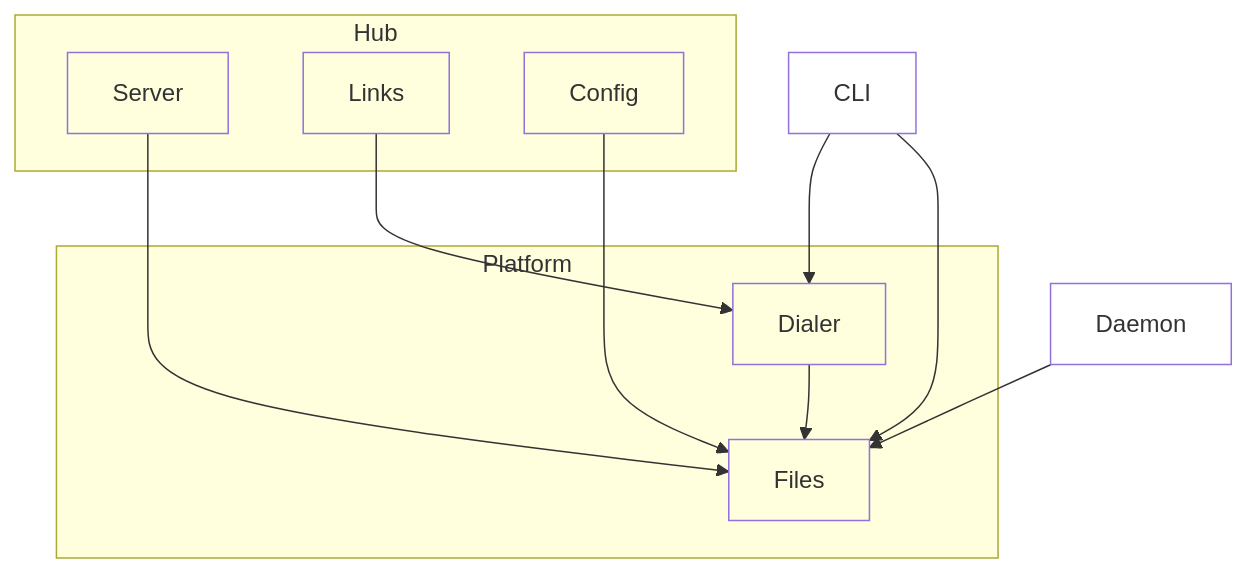
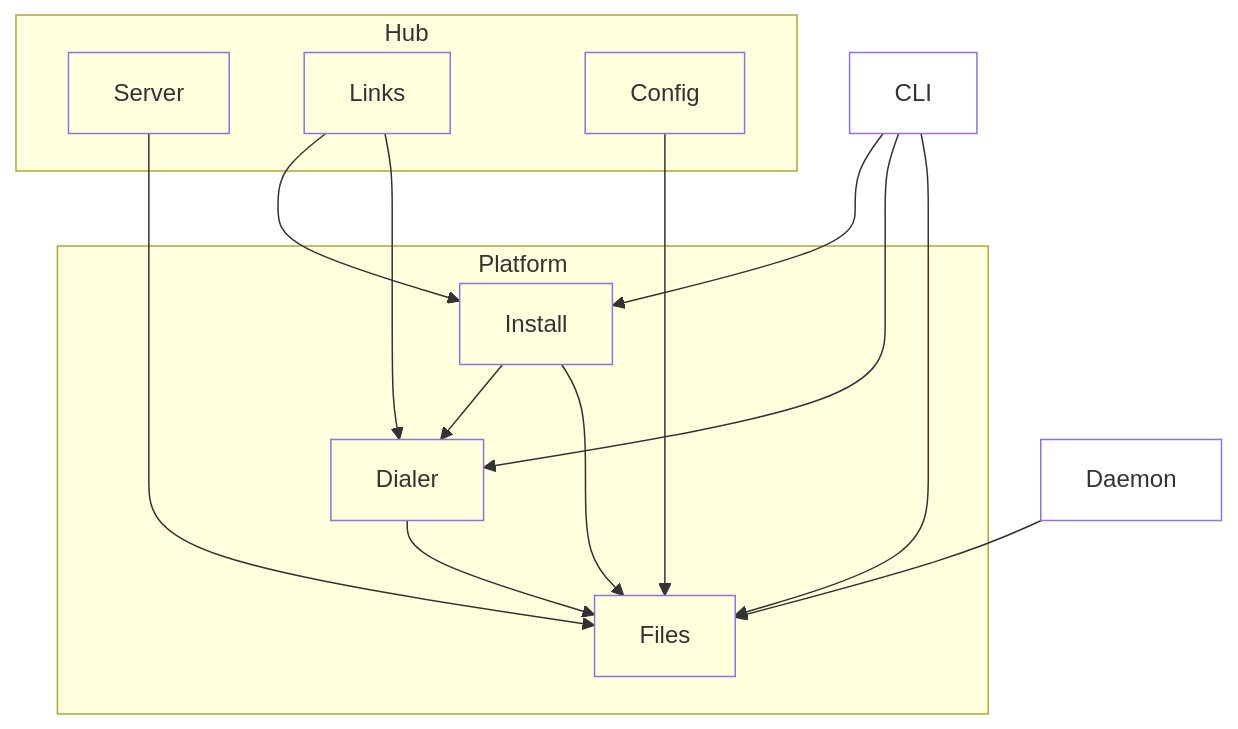
The diagram in architecture/platform.arc42.md (MotleyAI/worktree-term), drawn with Mermaid before and after one commit. The commit also changed other lines of this file and 51 other files, not shown here.

Commit message:
DEV-2054 PR 5: failing tests for remote hosts, installers, repo management and host status; platform.install in the model; probe outcomes (old Node on the plain PATH passed over)

````diff
--- a/architecture/platform.arc42.md
+++ b/architecture/platform.arc42.md
@@ -12,24 +12,29 @@
 ```mermaid
 flowchart TD
   %% platform: Platform
   subgraph platform["Platform"]
     platform__files["Files"]
     platform__dialer["Dialer"]
+    platform__install["Install"]
   end
   daemon["Daemon"]
   subgraph hub["Hub"]
     hub__server["Server"]
     hub__links["Links"]
     hub__config["Config"]
   end
   cli["CLI"]
   platform__dialer --> platform__files
+  platform__install --> platform__files
+  platform__install --> platform__dialer
   daemon --> platform__files
   hub__server --> platform__files
   hub__config --> platform__files
   hub__links --> platform__dialer
+  hub__links --> platform__install
   cli --> platform__files
   cli --> platform__dialer
+  cli --> platform__install
   classDef leaf fill:none;
-  class platform__files,platform__dialer,daemon,hub__server,hub__links,hub__config,cli leaf;
+  class platform__files,platform__dialer,platform__install,daemon,hub__server,hub__links,hub__config,cli leaf;
 ```
````
